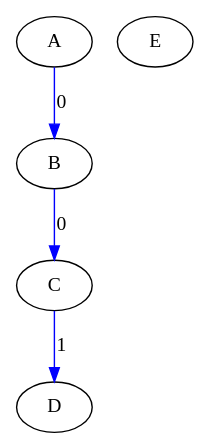
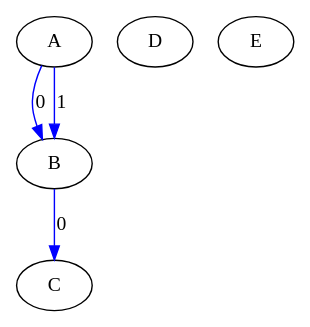
Before and after one commit to Hebbe1234/ExpectAll: the diagram in src/assignedGraphs/assigned.dot, drawn with Graphviz. The commit also changed 2 other files, not shown here.

```diff
--- a/src/assignedGraphs/assigned.dot
+++ b/src/assignedGraphs/assigned.dot
@@ -1,10 +1,10 @@
 digraph "G" {
 A;
 B;
 C;
 D;
 E;
 A -> B  [color=blue, key=0, label=0];
+A -> B  [color=blue, key=1, label=1];
 B -> C  [color=blue, key=0, label=0];
-C -> D  [color=blue, key=0, label=1];
 }
```
